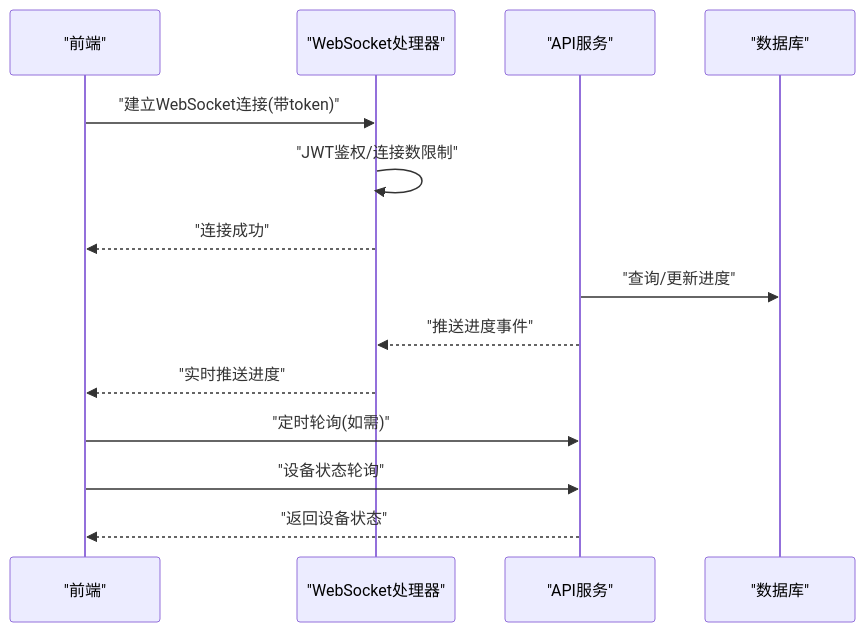
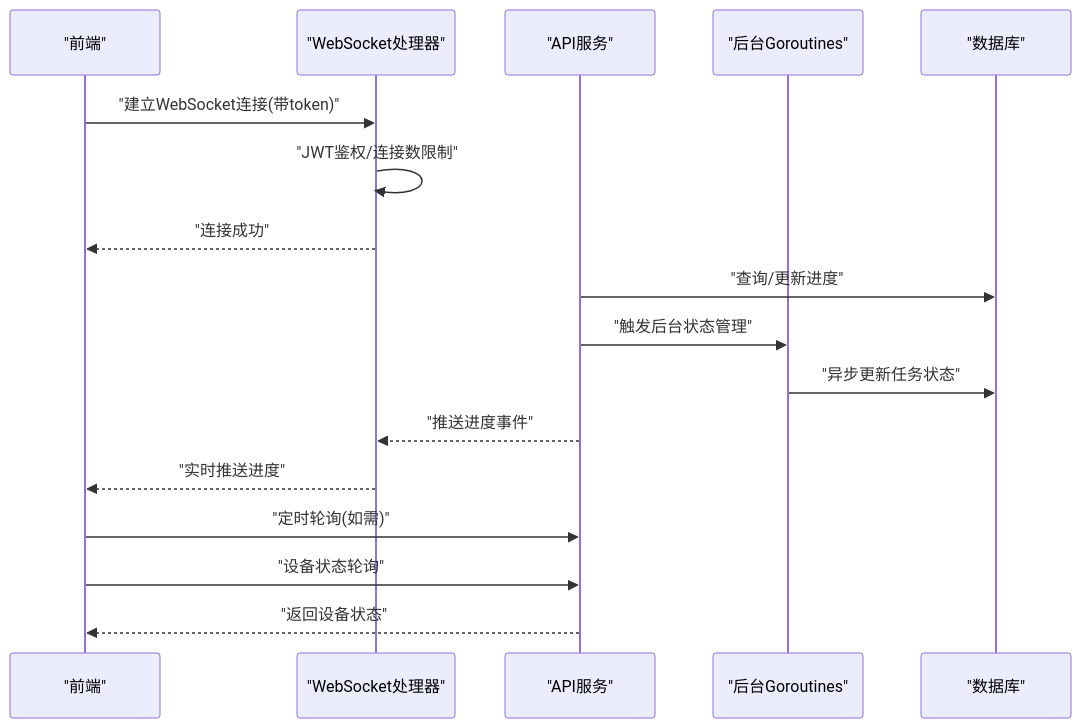
The sixth of 11 diagrams in .qoder/repowiki/zh/content/OTA升级系统/OTA任务调度/OTA进度跟踪.md (mcmrzy/cs_inv_monitor-develop), drawn with Mermaid before and after one commit. The commit also changed other lines of this file and 28 other files, not shown here.

````diff
--- a/.qoder/repowiki/zh/content/OTA升级系统/OTA任务调度/OTA进度跟踪.md
+++ b/.qoder/repowiki/zh/content/OTA升级系统/OTA任务调度/OTA进度跟踪.md
@@ -231,16 +284,19 @@
 ```mermaid
 sequenceDiagram
 participant FE as "前端"
 participant WS as "WebSocket处理器"
 participant API as "API服务"
+participant BG as "后台Goroutines"
 participant DB as "数据库"
 FE->>WS : "建立WebSocket连接(带token)"
 WS->>WS : "JWT鉴权/连接数限制"
 WS-->>FE : "连接成功"
 API->>DB : "查询/更新进度"
+API->>BG : "触发后台状态管理"
+BG->>DB : "异步更新任务状态"
 API-->>WS : "推送进度事件"
 WS-->>FE : "实时推送进度"
 FE->>API : "定时轮询(如需)"
 FE->>API : "设备状态轮询"
 API-->>FE : "返回设备状态"
 ```
````
